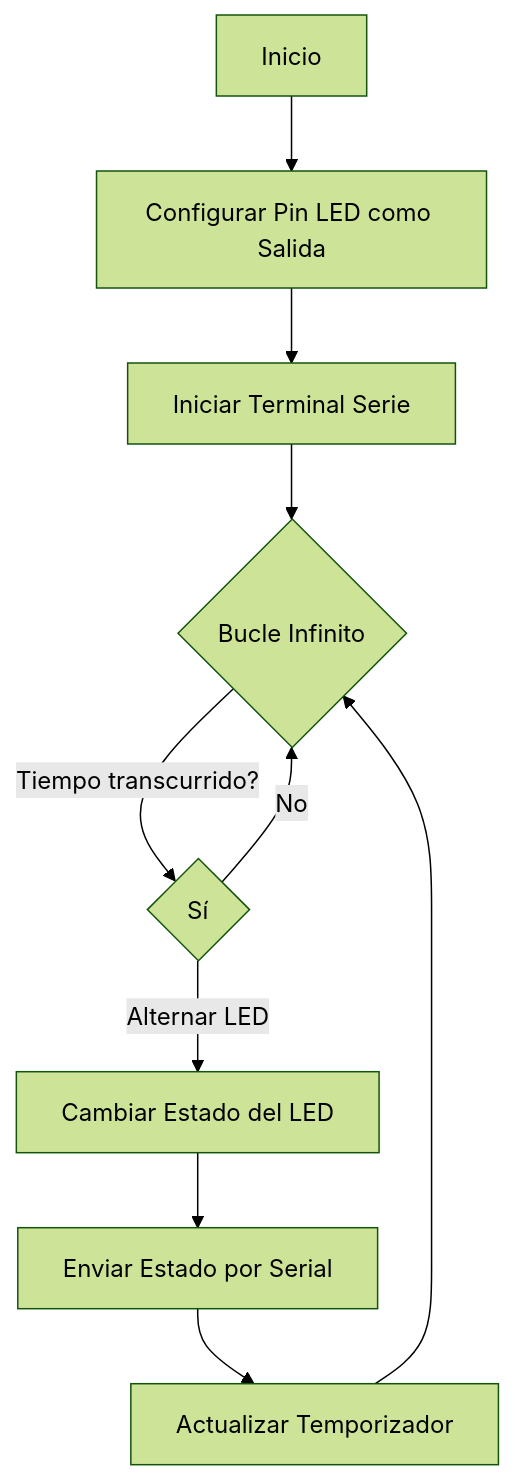
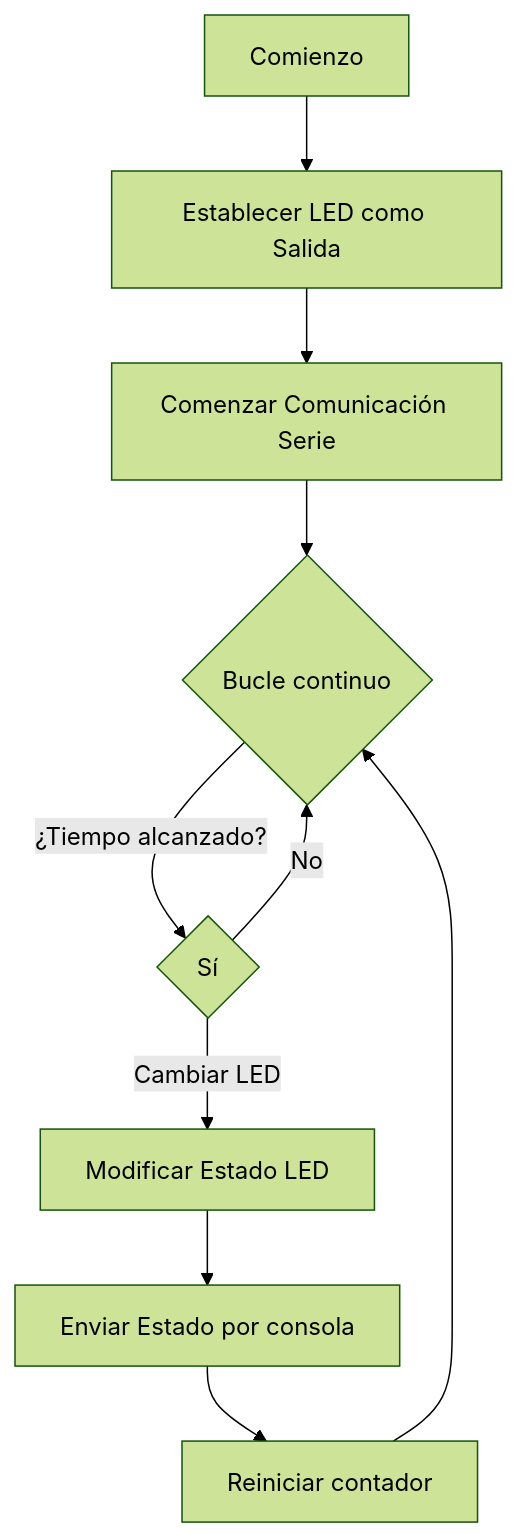
The third of 4 diagrams in README.md (DanielMorera23/P1), drawn with Mermaid (forest theme) before and after one commit. The commit also changed other lines of this file, not shown here.

````diff
--- a/README.md
+++ b/README.md
@@ -209,12 +212,12 @@
 ```mermaid
 graph TD;
-  A[Inicio] --> B[Configurar Pin LED como Salida]
-  B --> C[Iniciar Terminal Serie]
-  C --> D{Bucle Infinito}
-  D -->|Tiempo transcurrido?| E{Sí}
-  E -->|Alternar LED| F[Cambiar Estado del LED]
-  F --> G[Enviar Estado por Serial]
-  G --> H[Actualizar Temporizador]
+  A[Comienzo] --> B[Establecer LED como Salida]
+  B --> C[Comenzar Comunicación Serie]
+  C --> D{Bucle continuo}
+  D -->|¿Tiempo alcanzado?| E{Sí}
+  E -->|Cambiar LED| F[Modificar Estado LED]
+  F --> G[Enviar Estado por consola]
+  G --> H[Reiniciar contador]
   H --> D
   E -->|No| D
 ```
````
